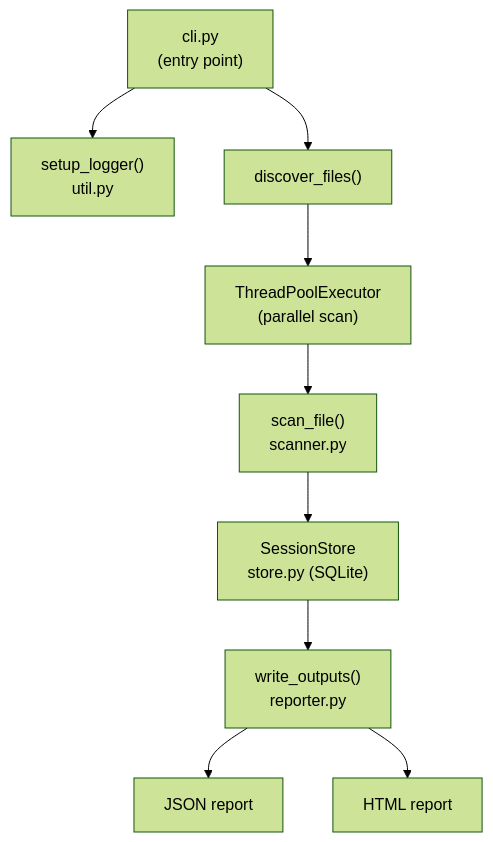
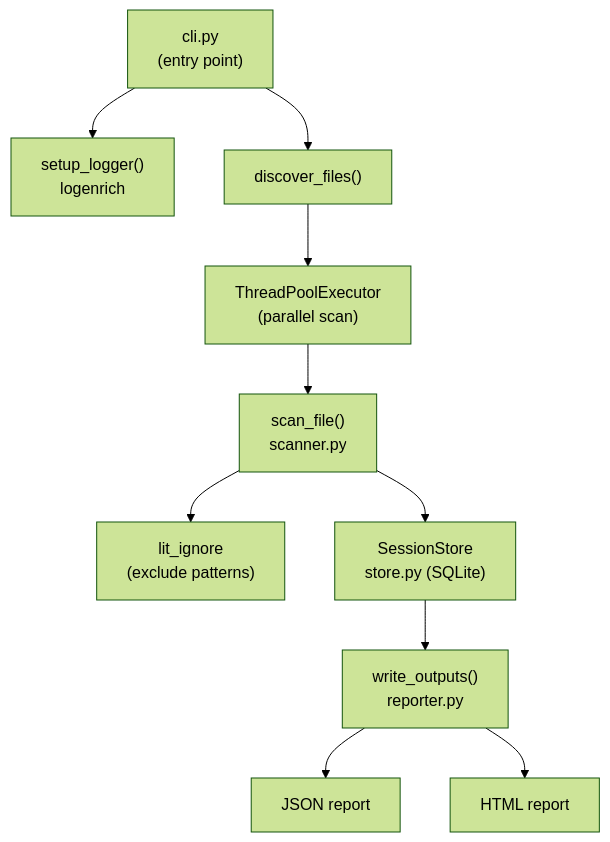
Before and after one commit to rcw3bb/litscan: the diagram in README.md, drawn with Mermaid (forest theme). The commit also changed other lines of this file and 12 other files, not shown here.

````diff
--- a/README.md
+++ b/README.md
@@ -100,11 +104,12 @@
 ```mermaid
 flowchart TD
-    CLI["cli.py\n(entry point)"] --> util["setup_logger()\nutil.py"]
+    CLI["cli.py\n(entry point)"] --> logenrich["setup_logger()\nlogenrich"]
     CLI --> discover["discover_files()"]
     discover --> concurrent["ThreadPoolExecutor\n(parallel scan)"]
     concurrent --> scan["scan_file()\nscanner.py"]
+    scan --> litignore["lit_ignore\n(exclude patterns)"]
     scan --> store["SessionStore\nstore.py (SQLite)"]
     store --> report["write_outputs()\nreporter.py"]
     report --> JSON["JSON report"]
     report --> HTML["HTML report"]
 ```
````
